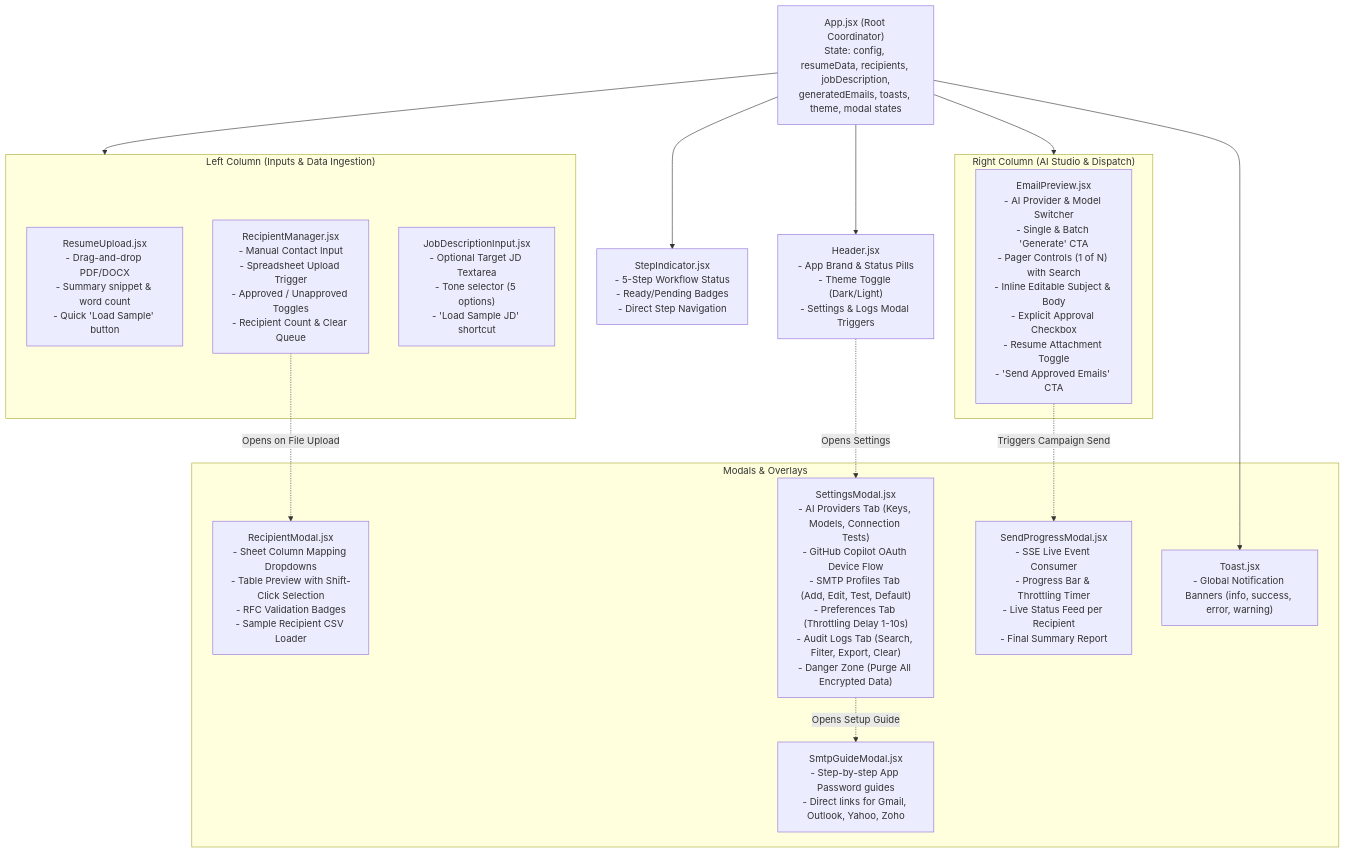
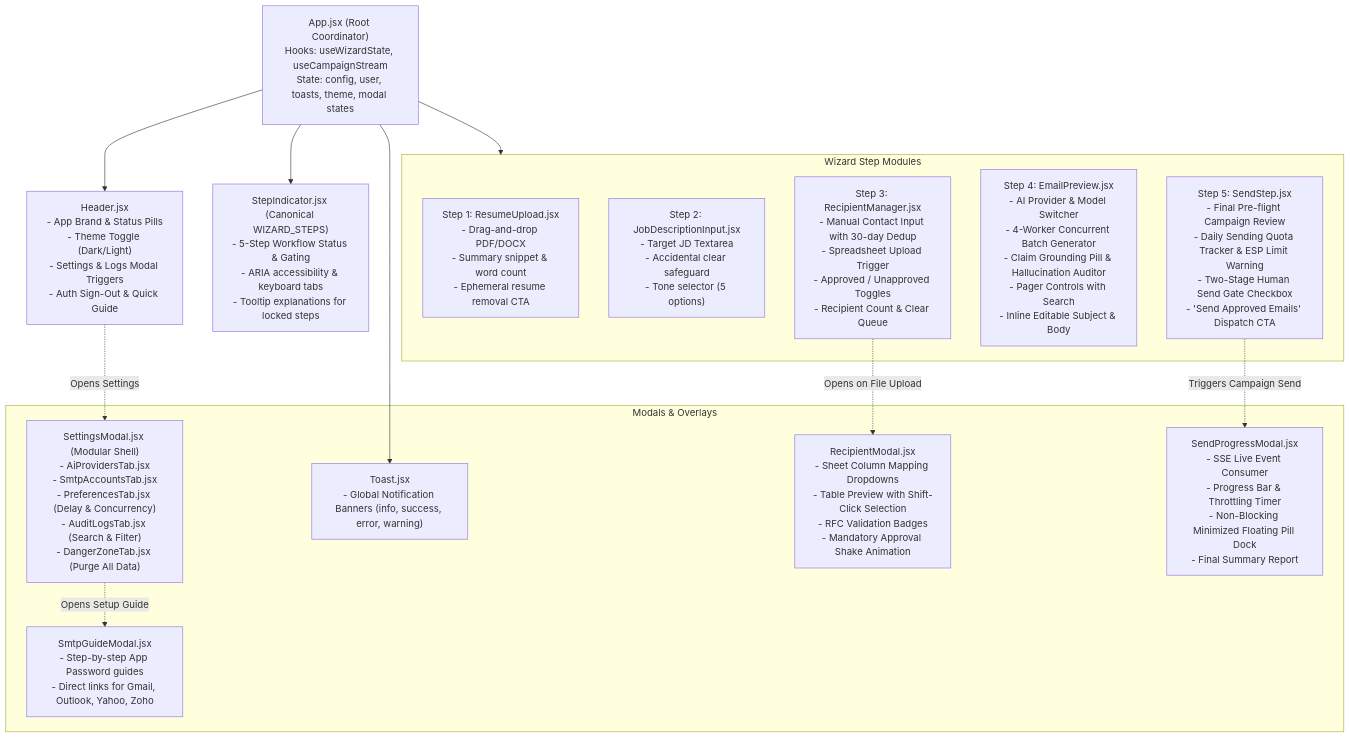
Before and after one commit to kasukurthiabhishek2-sketch/jobMailer: the sixth of 6 diagrams in ARCHITECTURE.md, drawn with Mermaid. The commit also changed other lines of this file and 76 other files, not shown here.

Commit message:
feat(smtp): implement resilient 4-stage delivery pipeline with controlled concurrency, RFC 5321 response recording, adaptive slowdown, and smart retries

````diff
--- a/ARCHITECTURE.md
+++ b/ARCHITECTURE.md
@@ -348,34 +354,31 @@
 ```mermaid
 graph TD
-    App["App.jsx (Root Coordinator)\nState: config, resumeData, recipients, jobDescription,\ngeneratedEmails, toasts, theme, modal states"]
+    App["App.jsx (Root Coordinator)\nHooks: useWizardState, useCampaignStream\nState: config, user, toasts, theme, modal states"]
 
-    App --> Header["Header.jsx\n- App Brand & Status Pills\n- Theme Toggle (Dark/Light)\n- Settings & Logs Modal Triggers"]
-    App --> StepIndicator["StepIndicator.jsx\n- 5-Step Workflow Status\n- Ready/Pending Badges\n- Direct Step Navigation"]
+    App --> Header["Header.jsx\n- App Brand & Status Pills\n- Theme Toggle (Dark/Light)\n- Settings & Logs Modal Triggers\n- Auth Sign-Out & Quick Guide"]
+    App --> StepIndicator["StepIndicator.jsx (Canonical WIZARD_STEPS)\n- 5-Step Workflow Status & Gating\n- ARIA accessibility & keyboard tabs\n- Tooltip explanations for locked steps"]
 
-    subgraph LeftCol ["Left Column (Inputs & Data Ingestion)"]
-        ResumeUpload["ResumeUpload.jsx\n- Drag-and-drop PDF/DOCX\n- Summary snippet & word count\n- Quick 'Load Sample' button"]
-        RecipientManager["RecipientManager.jsx\n- Manual Contact Input\n- Spreadsheet Upload Trigger\n- Approved / Unapproved Toggles\n- Recipient Count & Clear Queue"]
-        JobDescriptionInput["JobDescriptionInput.jsx\n- Optional Target JD Textarea\n- Tone selector (5 options)\n- 'Load Sample JD' shortcut"]
+    subgraph Steps ["Wizard Step Modules"]
+        ResumeUpload["Step 1: ResumeUpload.jsx\n- Drag-and-drop PDF/DOCX\n- Summary snippet & word count\n- Ephemeral resume removal CTA"]
+        JobDescriptionInput["Step 2: JobDescriptionInput.jsx\n- Target JD Textarea\n- Accidental clear safeguard\n- Tone selector (5 options)"]
+        RecipientManager["Step 3: RecipientManager.jsx\n- Manual Contact Input with 30-day Dedup\n- Spreadsheet Upload Trigger\n- Approved / Unapproved Toggles\n- Recipient Count & Clear Queue"]
+        EmailPreview["Step 4: EmailPreview.jsx\n- AI Provider & Model Switcher\n- 4-Worker Concurrent Batch Generator\n- Claim Grounding Pill & Hallucination Auditor\n- Pager Controls with Search\n- Inline Editable Subject & Body"]
+        SendStep["Step 5: SendStep.jsx\n- Final Pre-flight Campaign Review\n- Daily Sending Quota Tracker & ESP Limit Warning\n- Two-Stage Human Send Gate Checkbox\n- 'Send Approved Emails' Dispatch CTA"]
     end
 
-    subgraph RightCol ["Right Column (AI Studio & Dispatch)"]
-        EmailPreview["EmailPreview.jsx\n- AI Provider & Model Switcher\n- Single & Batch 'Generate' CTA\n- Pager Controls (1 of N) with Search\n- Inline Editable Subject & Body\n- Explicit Approval Checkbox\n- Resume Attachment Toggle\n- 'Send Approved Emails' CTA"]
-    end
-
-    App --> LeftCol
-    App --> RightCol
+    App --> Steps
 
     subgraph Modals ["Modals & Overlays"]
-        RecipientModal["RecipientModal.jsx\n- Sheet Column Mapping Dropdowns\n- Table Preview with Shift-Click Selection\n- RFC Validation Badges\n- Sample Recipient CSV Loader"]
-        SettingsModal["SettingsModal.jsx\n- AI Providers Tab (Keys, Models, Connection Tests)\n- GitHub Copilot OAuth Device Flow\n- SMTP Profiles Tab (Add, Edit, Test, Default)\n- Preferences Tab (Throttling Delay 1-10s)\n- Audit Logs Tab (Search, Filter, Export, Clear)\n- Danger Zone (Purge All Encrypted Data)"]
+        RecipientModal["RecipientModal.jsx\n- Sheet Column Mapping Dropdowns\n- Table Preview with Shift-Click Selection\n- RFC Validation Badges\n- Mandatory Approval Shake Animation"]
+        SettingsModal["SettingsModal.jsx (Modular Shell)\n- AiProvidersTab.jsx\n- SmtpAccountsTab.jsx\n- PreferencesTab.jsx (Delay & Concurrency)\n- AuditLogsTab.jsx (Search & Filter)\n- DangerZoneTab.jsx (Purge All Data)"]
         SmtpGuideModal["SmtpGuideModal.jsx\n- Step-by-step App Password guides\n- Direct links for Gmail, Outlook, Yahoo, Zoho"]
-        SendProgressModal["SendProgressModal.jsx\n- SSE Live Event Consumer\n- Progress Bar & Throttling Timer\n- Live Status Feed per Recipient\n- Final Summary Report"]
+        SendProgressModal["SendProgressModal.jsx\n- SSE Live Event Consumer\n- Progress Bar & Throttling Timer\n- Non-Blocking Minimized Floating Pill Dock\n- Final Summary Report"]
         Toast["Toast.jsx\n- Global Notification Banners (info, success, error, warning)"]
     end
 
     RecipientManager -.->|Opens on File Upload| RecipientModal
     Header -.->|Opens Settings| SettingsModal
     SettingsModal -.->|Opens Setup Guide| SmtpGuideModal
-    EmailPreview -.->|Triggers Campaign Send| SendProgressModal
+    SendStep -.->|Triggers Campaign Send| SendProgressModal
     App --> Toast
 ```
````
